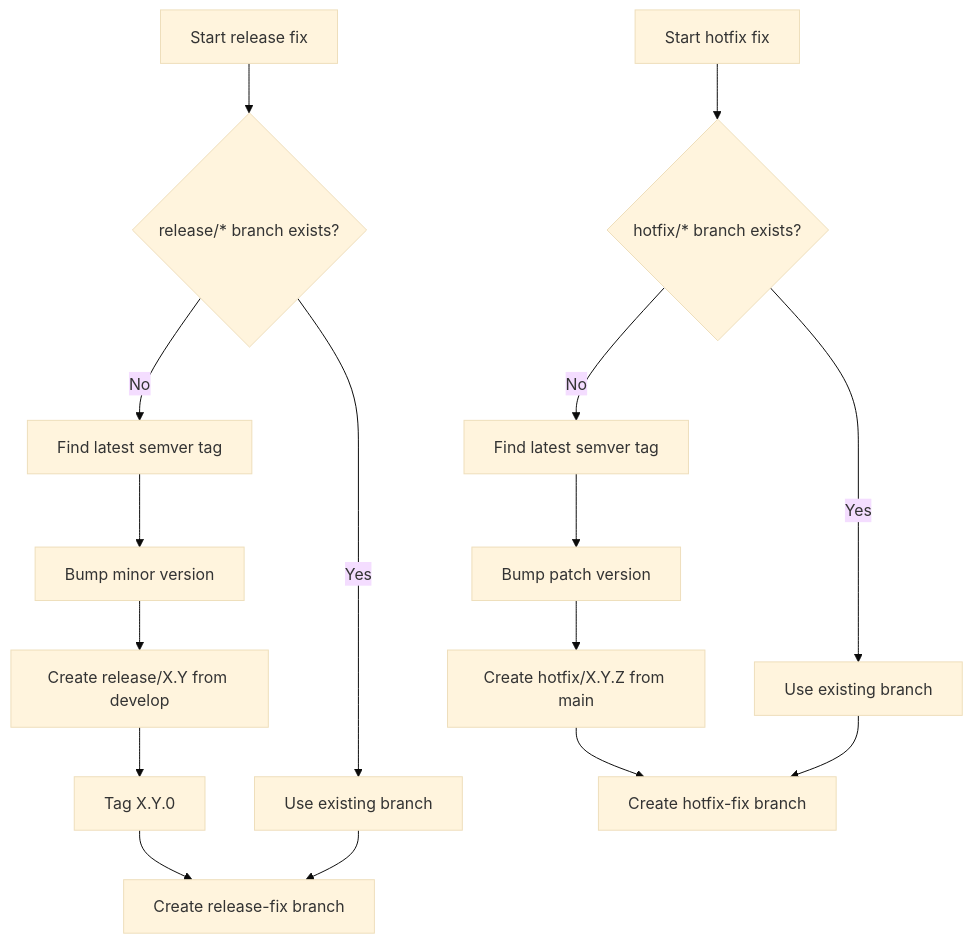
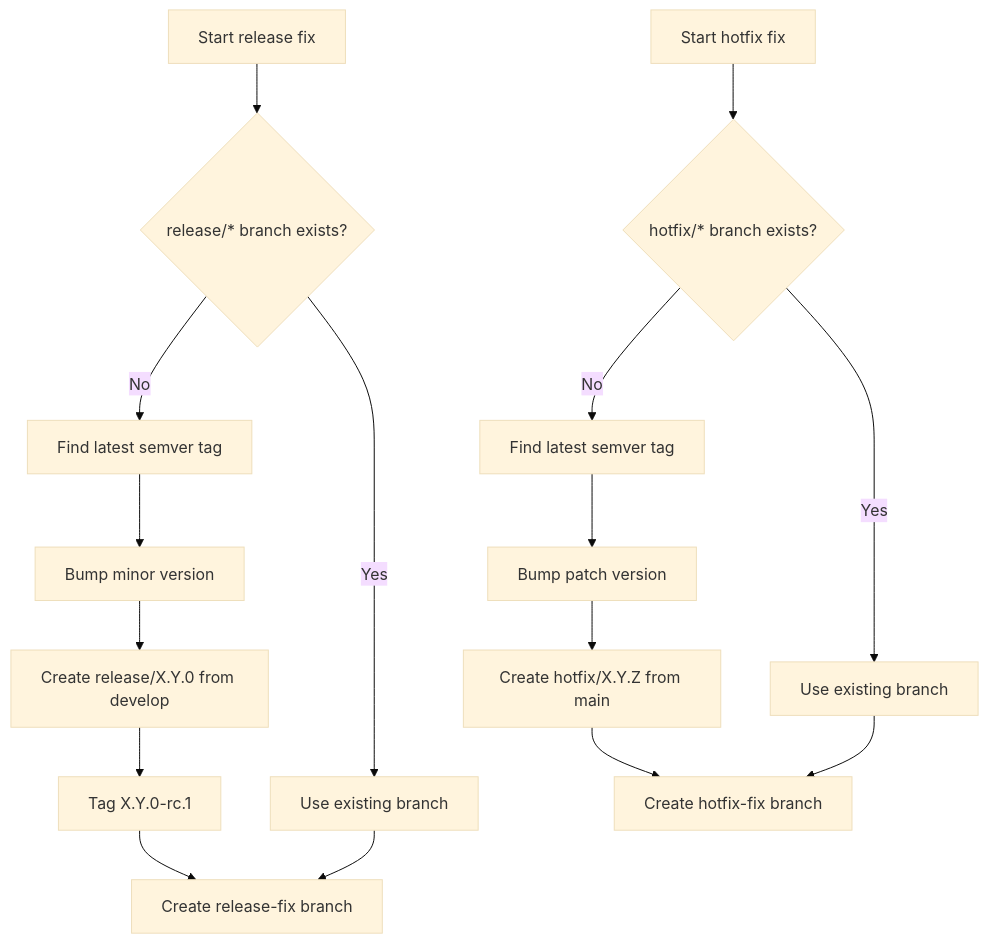
One commit to middelkampdev/gflow changed the fifth of 6 diagrams in README.md. Above: the diagram before and after it, drawn with Mermaid (base theme). The commit also changed other lines of this file and 17 other files, not shown here.

````diff
--- a/README.md
+++ b/README.md
@@ -274,19 +274,19 @@
 ```mermaid
 flowchart TD
     A[Start release fix] --> B{release/* branch exists?}
     B -- Yes --> C[Use existing branch]
     B -- No --> D[Find latest semver tag]
     D --> E[Bump minor version]
-    E --> F[Create release/X.Y from develop]
-    F --> G[Tag X.Y.0]
+    E --> F[Create release/X.Y.0 from develop]
+    F --> G[Tag X.Y.0-rc.1]
     G --> H[Create release-fix branch]
     C --> H
 
     I[Start hotfix fix] --> J{hotfix/* branch exists?}
     J -- Yes --> K[Use existing branch]
     J -- No --> L[Find latest semver tag]
     L --> M[Bump patch version]
     M --> N[Create hotfix/X.Y.Z from main]
     N --> O[Create hotfix-fix branch]
     K --> O
 ```
````
